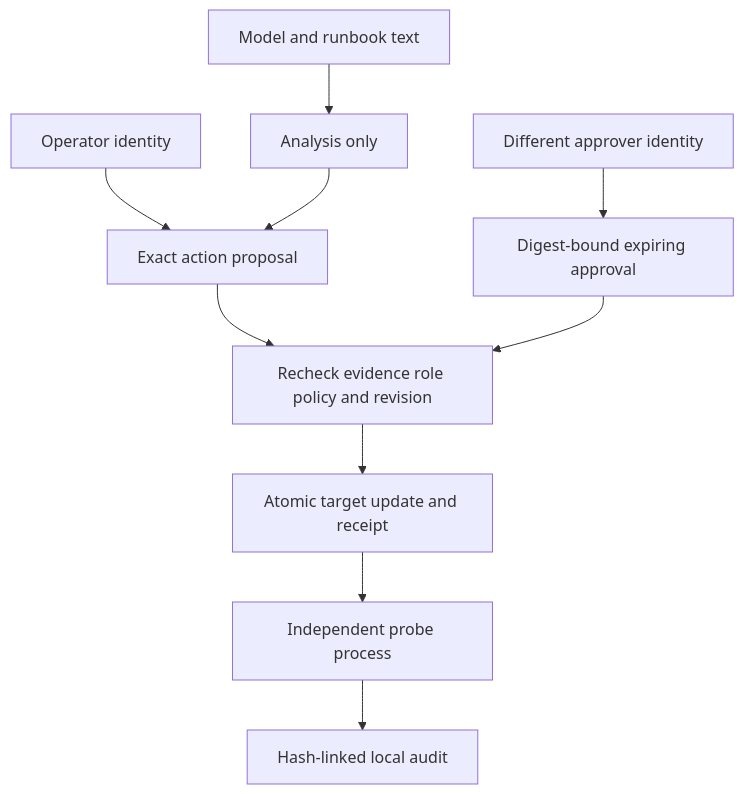
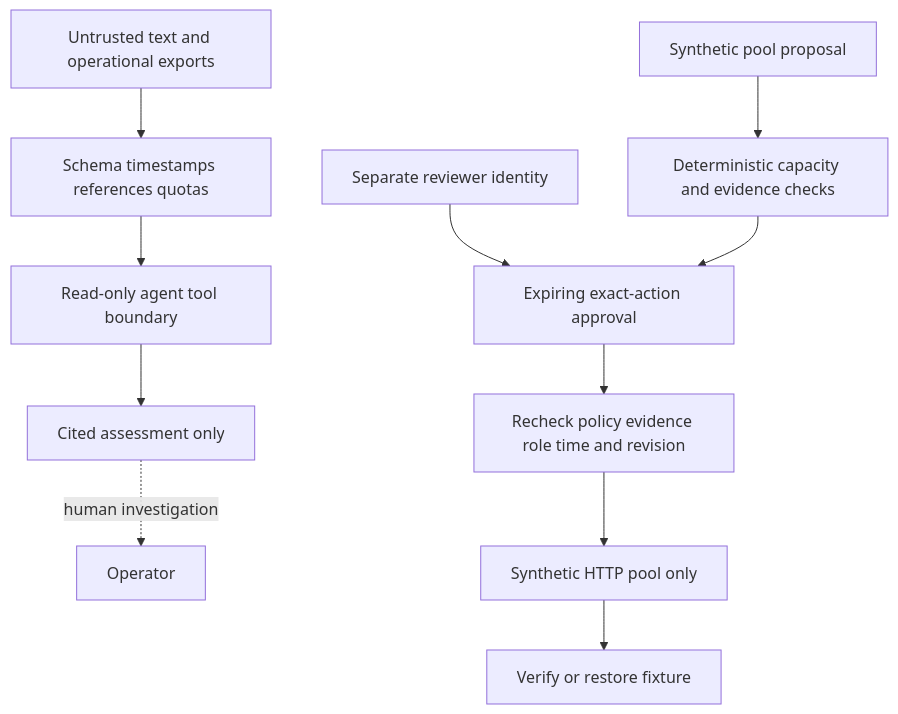
One commit to anil7000/changeguard changed the fourth of 6 diagrams in README.md. Above: the diagram before and after it, drawn with Mermaid. The commit also changed other lines of this file and 29 other files, not shown here.

Commit message:
feat: add grounded agentic incident investigation with mandatory local AI

````diff
--- a/README.md
+++ b/README.md
@@ -96,12 +111,13 @@
 ```mermaid
 flowchart TB
-  Operator[Operator identity] --> Proposal[Exact action proposal]
-  Reviewer[Different approver identity] --> Approval[Digest-bound expiring approval]
-  Proposal --> Check[Recheck evidence role policy and revision]
-  Approval --> Check
-  Check --> Commit[Atomic target update and receipt]
-  Commit --> Verify[Independent probe process]
-  Verify --> Audit[Hash-linked local audit]
-  Untrusted[Model and runbook text] --> Analysis[Analysis only]
-  Analysis --> Proposal
+  Source[Untrusted text and operational exports] --> Validation[Schema timestamps references quotas]
+  Validation --> ReadOnly[Read-only agent tool boundary]
+  ReadOnly --> Report[Cited assessment only]
+  Report -. human investigation .-> Operator[Operator]
+  Lab[Synthetic pool proposal] --> Policy[Deterministic capacity and evidence checks]
+  Reviewer[Separate reviewer identity] --> Approval[Expiring exact-action approval]
+  Policy --> Approval
+  Approval --> Preflight[Recheck policy evidence role time and revision]
+  Preflight --> Fixture[Synthetic HTTP pool only]
+  Fixture --> Verify[Verify or restore fixture]
 ```
````
